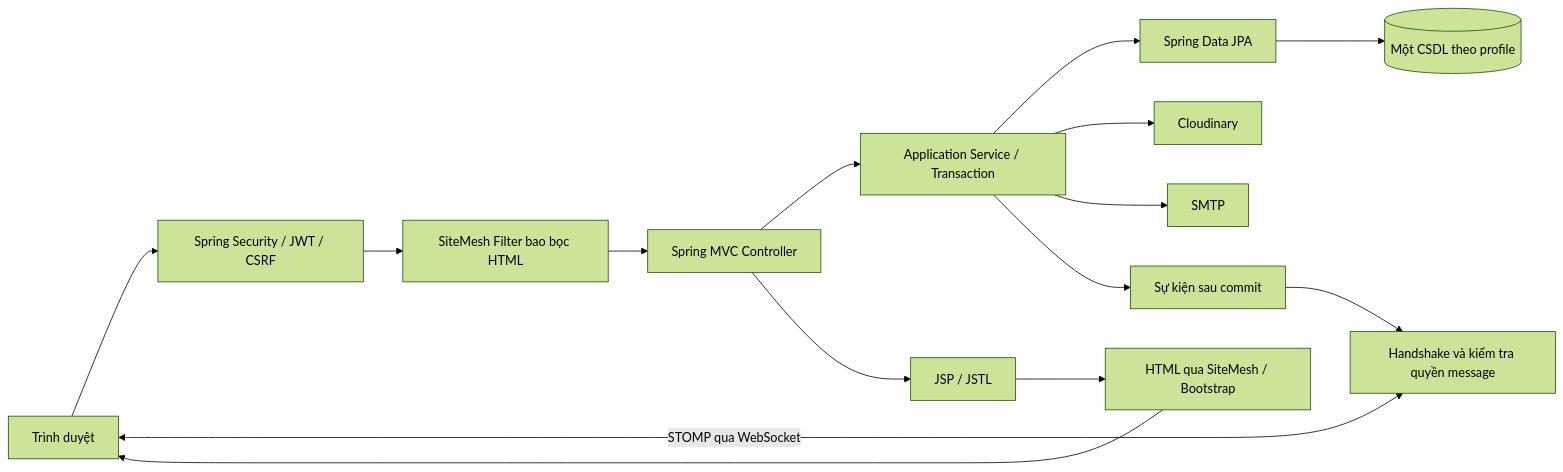
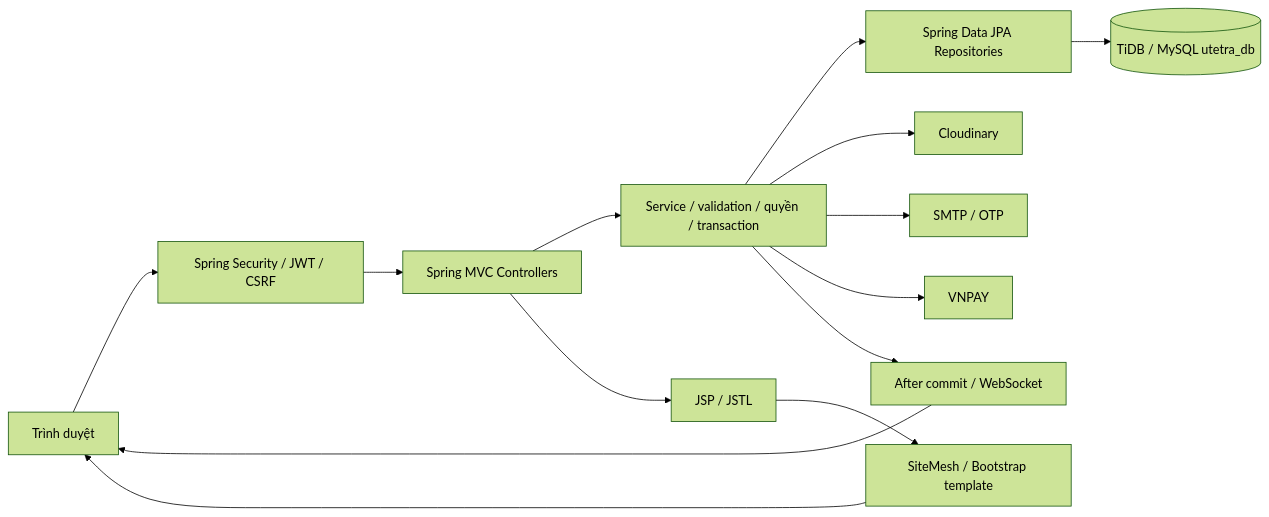
Before and after one commit to Phucsbinz/Project_Web: the diagram in PROJECT_PLAN.md, drawn with Mermaid (forest theme). The commit also changed other lines of this file and 151 other files, not shown here.

````diff
--- a/PROJECT_PLAN.md
+++ b/PROJECT_PLAN.md
@@ -67,17 +27,16 @@
 ```mermaid
 flowchart LR
     Browser[Trình duyệt] --> Security[Spring Security / JWT / CSRF]
-    Security --> Decorator[SiteMesh Filter bao bọc HTML]
-    Decorator --> MVC[Spring MVC Controller]
-    MVC --> Service[Application Service / Transaction]
-    Service --> Repo[Spring Data JPA]
-    Repo --> DB[(Một CSDL theo profile)]
-    MVC --> View[JSP / JSTL]
-    View --> HTML[HTML qua SiteMesh / Bootstrap]
-    HTML --> Browser
-    Service --> Cloud[Cloudinary]
-    Service --> Mail[SMTP]
-    Browser <-->|STOMP qua WebSocket| WS[Handshake và kiểm tra quyền message]
-    Service --> Events[Sự kiện sau commit]
-    Events --> WS
+    Security --> Controller[Spring MVC Controllers]
+    Controller --> Service[Service / validation / quyền / transaction]
+    Service --> Repository[Spring Data JPA Repositories]
+    Repository --> DB[(TiDB / MySQL utetra_db)]
+    Controller --> JSP[JSP / JSTL]
+    JSP --> Layout[SiteMesh / Bootstrap template]
+    Layout --> Browser
+    Service --> Media[Cloudinary]
+    Service --> Email[SMTP / OTP]
+    Service --> Pay[VNPAY]
+    Service --> Event[After commit / WebSocket]
+    Event --> Browser
 ```
````
